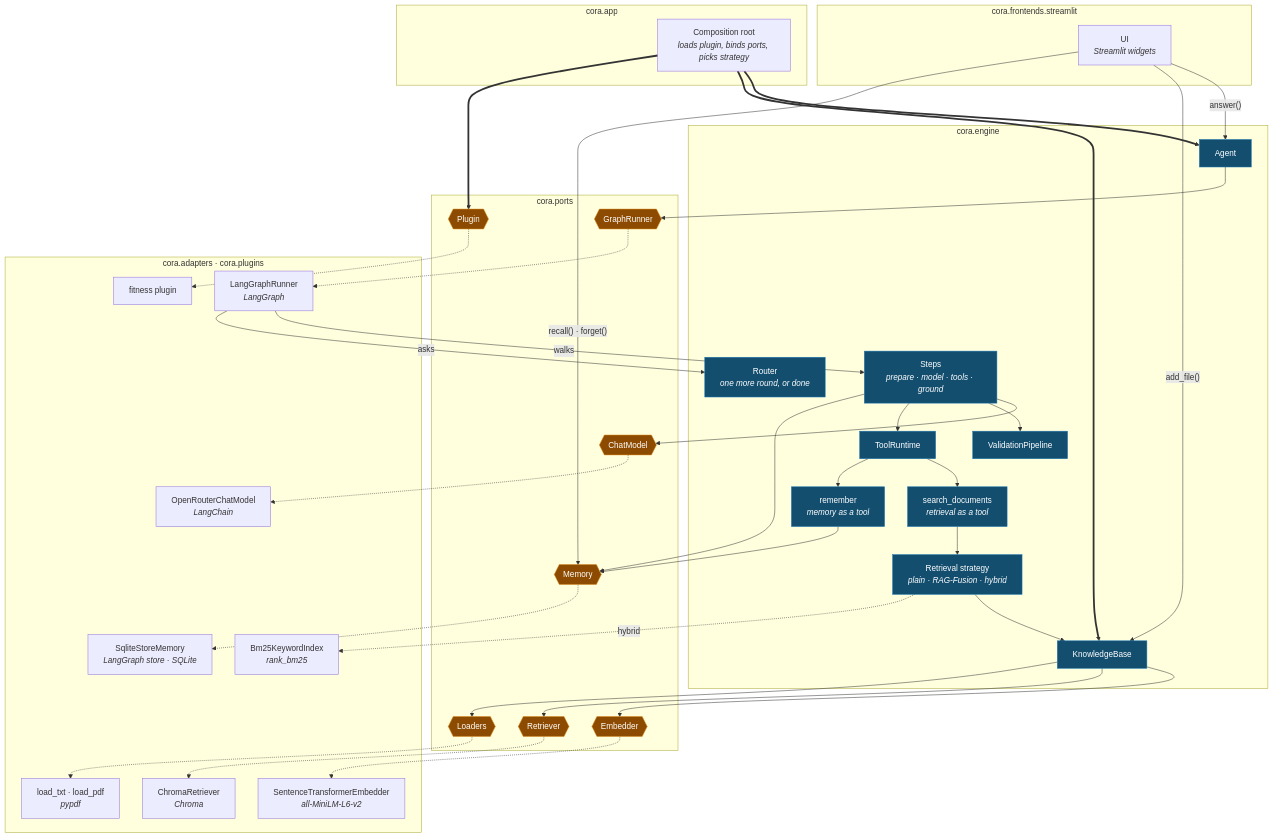
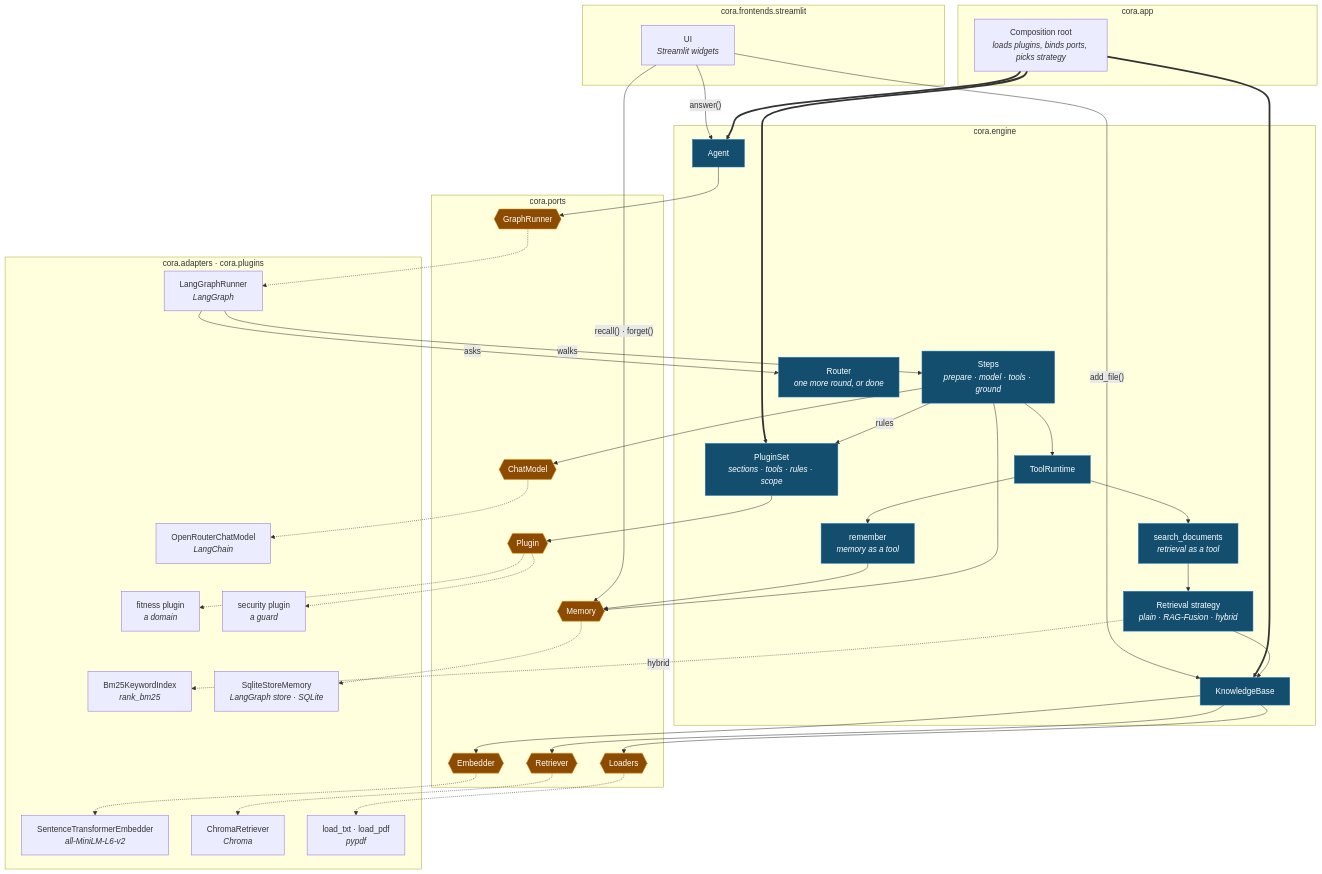
The first of 2 diagrams in docs/big-picture.md (aschog/cora), drawn with Mermaid before and after one commit. The commit also changed other lines of this file and 59 other files, not shown here.

````diff
--- a/docs/big-picture.md
+++ b/docs/big-picture.md
@@ -10,79 +10,82 @@
 ```mermaid
 %%{init: {"flowchart": {"nodeSpacing": 45, "rankSpacing": 55, "curve": "basis"}}}%%
 flowchart TB
   subgraph shell["cora.frontends.streamlit"]
     ui["UI<br/><i>Streamlit widgets</i>"]
   end
 
   subgraph wiring["cora.app"]
-    root["Composition root<br/><i>loads plugin, binds ports, picks strategy</i>"]
+    root["Composition root<br/><i>loads plugins, binds ports, picks strategy</i>"]
   end
 
   subgraph core["cora.engine"]
     agent["Agent"]
     steps["Steps<br/><i>prepare · model · tools · ground</i>"]
     router["Router<br/><i>one more round, or done</i>"]
-    val["ValidationPipeline"]
+    pset["PluginSet<br/><i>sections · tools · rules · scope</i>"]
     rt["ToolRuntime"]
     search["search_documents<br/><i>retrieval as a tool</i>"]
     remember["remember<br/><i>memory as a tool</i>"]
     retr["Retrieval strategy<br/><i>plain · RAG-Fusion · hybrid</i>"]
     kb["KnowledgeBase"]
   end
 
   subgraph seam["cora.ports"]
     gr{{"GraphRunner"}}
     cm{{"ChatModel"}}
     emb{{"Embedder"}}
     ret{{"Retriever"}}
     load{{"Loaders"}}
     mem{{"Memory"}}
     plug{{"Plugin"}}
   end
 
   subgraph infra["cora.adapters · cora.plugins"]
     lg["LangGraphRunner<br/><i>LangGraph</i>"]
     orc["OpenRouterChatModel<br/><i>LangChain</i>"]
     ste["SentenceTransformerEmbedder<br/><i>all-MiniLM-L6-v2</i>"]
     chroma["ChromaRetriever<br/><i>Chroma</i>"]
     bm25["Bm25KeywordIndex<br/><i>rank_bm25</i>"]
     load_reg["load_txt · load_pdf<br/><i>pypdf</i>"]
     store["SqliteStoreMemory<br/><i>LangGraph store · SQLite</i>"]
-    fit["fitness plugin"]
+    fit["fitness plugin<br/><i>a domain</i>"]
+    sec["security plugin<br/><i>a guard</i>"]
   end
 
   ui -->|"answer()"| agent
   ui -->|"add_file()"| kb
   ui -->|"recall() · forget()"| mem
   root ==> agent
   root ==> kb
-  root ==> plug
+  root ==> pset
+  pset --> plug
   agent --> gr
   lg -->|"walks"| steps
   lg -->|"asks"| router
   steps --> cm
-  steps --> val
+  steps -->|"rules"| pset
   steps --> rt
   rt --> search
   rt --> remember
   remember --> mem
   steps --> mem
   search --> retr
   retr --> kb
   kb --> emb
   kb --> ret
   kb --> load
   retr -.->|"hybrid"| bm25
   gr -.-> lg
   cm -.-> orc
   emb -.-> ste
   ret -.-> chroma
   load -.-> load_reg
   mem -.-> store
   plug -.-> fit
+  plug -.-> sec
 
   classDef port fill:#8c4b00,stroke:#d98a1f,color:#fff;
   classDef logic fill:#134e6f,stroke:#1f78b4,color:#fff;
   class gr,cm,emb,ret,load,mem,plug port;
-  class agent,steps,router,val,rt,search,remember,retr,kb logic;
+  class agent,steps,router,pset,rt,search,remember,retr,kb logic;
 ```
````
